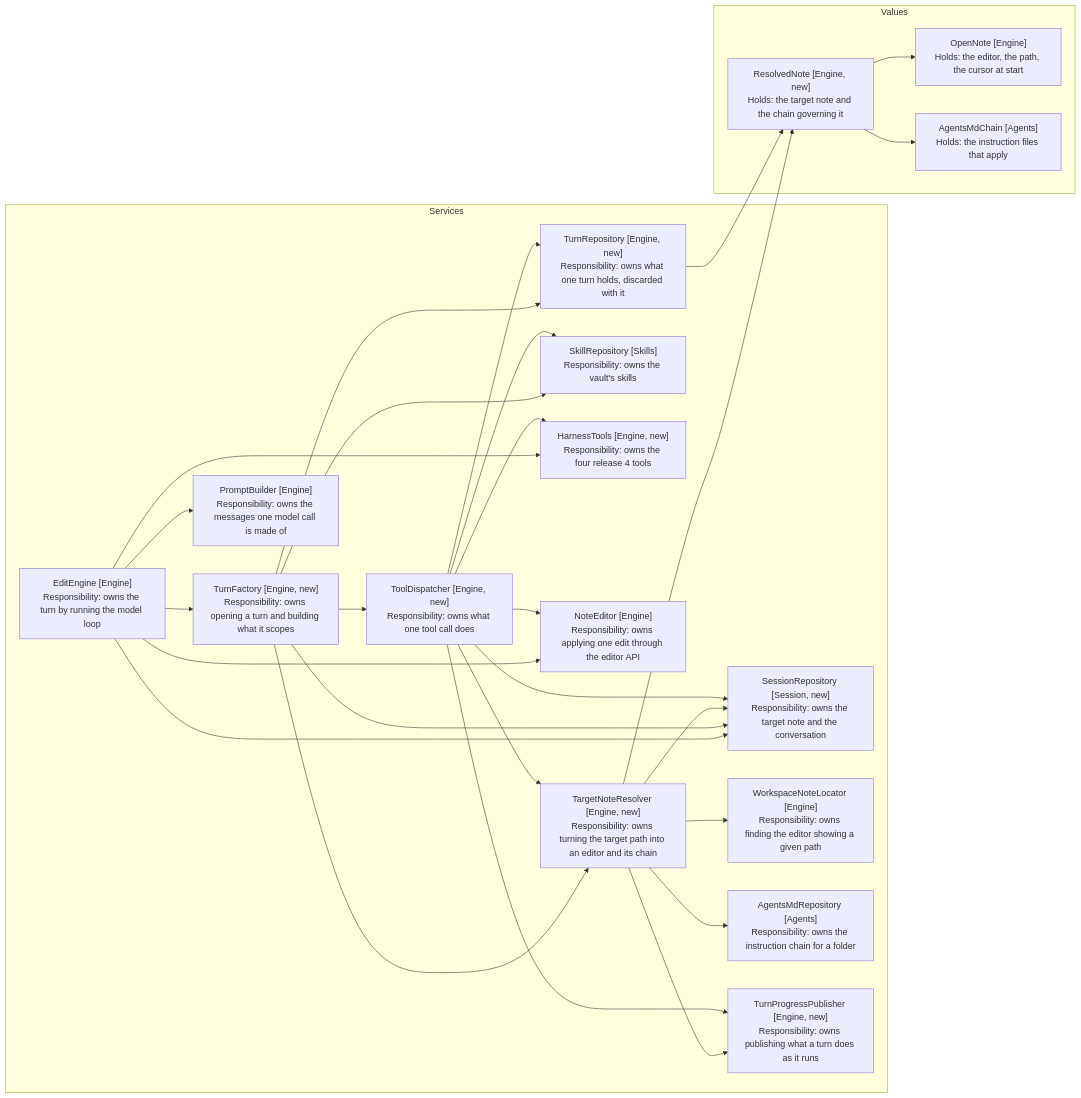
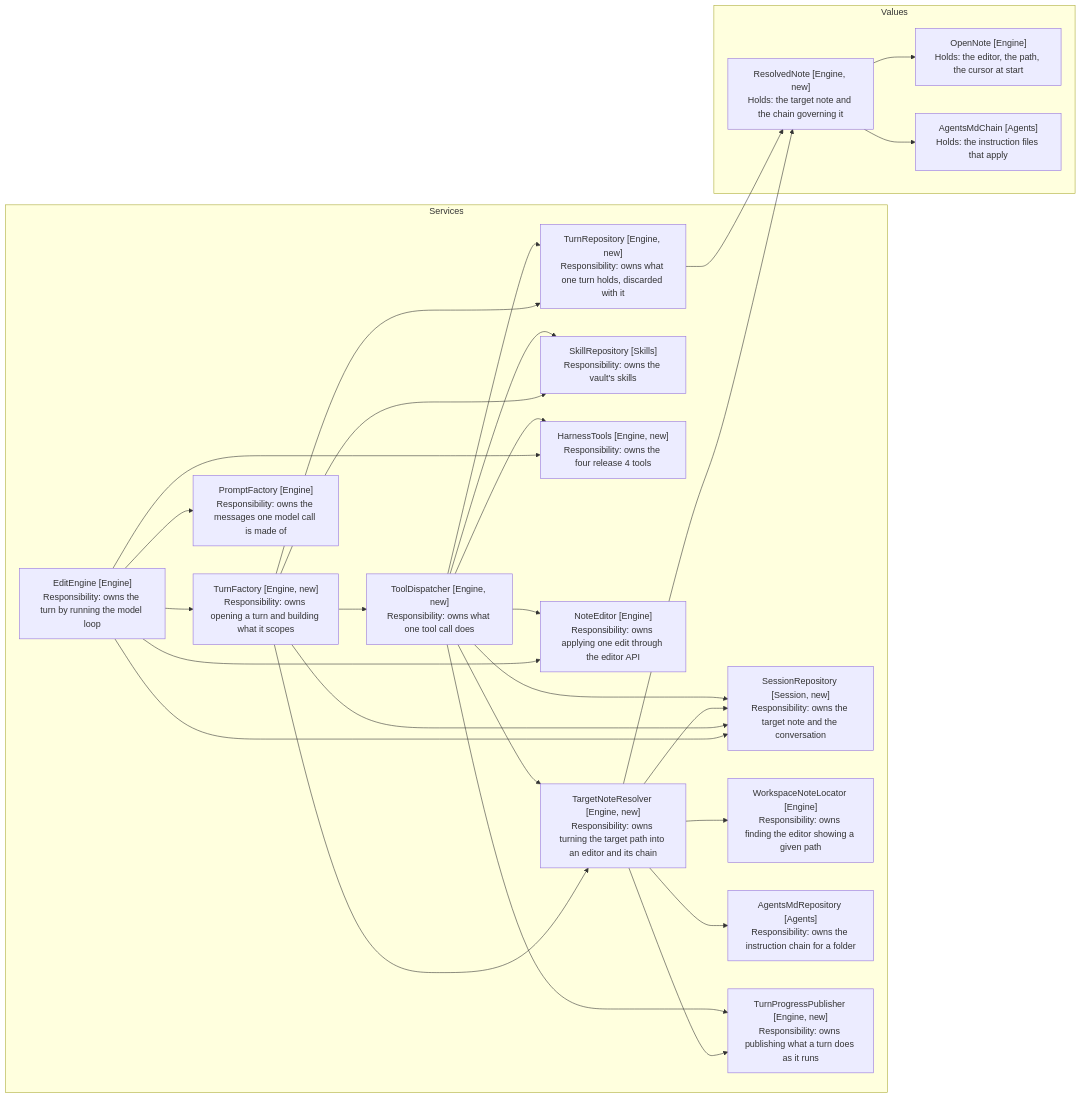
The first of 2 diagrams in docs/spec/4-harness-mvp/05-component-design.md (iparips/obsidian-owl), drawn with Mermaid before and after one commit. The commit also changed other lines of this file and 26 other files, not shown here.

````diff
--- a/docs/spec/4-harness-mvp/05-component-design.md
+++ b/docs/spec/4-harness-mvp/05-component-design.md
@@ -61,54 +61,54 @@
 ```mermaid
 flowchart LR
     subgraph Services["Services"]
         Engine["EditEngine [Engine]<br/>Responsibility: owns the turn by running the model loop"]
         Resolver["TargetNoteResolver [Engine, new]<br/>Responsibility: owns turning the target path into an editor and its chain"]
         Factory["TurnFactory [Engine, new]<br/>Responsibility: owns opening a turn and building what it scopes"]
         Dispatcher["ToolDispatcher [Engine, new]<br/>Responsibility: owns what one tool call does"]
         Sessions["SessionRepository [Session, new]<br/>Responsibility: owns the target note and the conversation"]
         Locator["WorkspaceNoteLocator [Engine]<br/>Responsibility: owns finding the editor showing a given path"]
         AgentsMd["AgentsMdRepository [Agents]<br/>Responsibility: owns the instruction chain for a folder"]
         Skills["SkillRepository [Skills]<br/>Responsibility: owns the vault's skills"]
         Harness["HarnessTools [Engine, new]<br/>Responsibility: owns the four release 4 tools"]
         Editor["NoteEditor [Engine]<br/>Responsibility: owns applying one edit through the editor API"]
         Progress["TurnProgressPublisher [Engine, new]<br/>Responsibility: owns publishing what a turn does as it runs"]
-        Prompt["PromptBuilder [Engine]<br/>Responsibility: owns the messages one model call is made of"]
+        Prompt["PromptFactory [Engine]<br/>Responsibility: owns the messages one model call is made of"]
         Turn["TurnRepository [Engine, new]<br/>Responsibility: owns what one turn holds, discarded with it"]
     end
 
     subgraph Values["Values"]
         Resolved["ResolvedNote [Engine, new]<br/>Holds: the target note and the chain governing it"]
         Note["OpenNote [Engine]<br/>Holds: the editor, the path, the cursor at start"]
         Chain["AgentsMdChain [Agents]<br/>Holds: the instruction files that apply"]
     end
 
     Engine --> Factory
     Engine --> Sessions
     Engine --> Harness
     Engine --> Editor
     Engine --> Prompt
 
     Factory --> Resolver
     Factory --> Dispatcher
     Factory --> Sessions
     Factory --> Skills
     Factory --> Turn
 
     Resolver --> Sessions
     Resolver --> Locator
     Resolver --> AgentsMd
     Resolver --> Progress
     Resolver --> Resolved
 
     Dispatcher --> Resolver
     Dispatcher --> Sessions
     Dispatcher --> Skills
     Dispatcher --> Harness
     Dispatcher --> Editor
     Dispatcher --> Progress
     Dispatcher --> Turn
 
     Turn --> Resolved
     Resolved --> Note
     Resolved --> Chain
 ```
````
